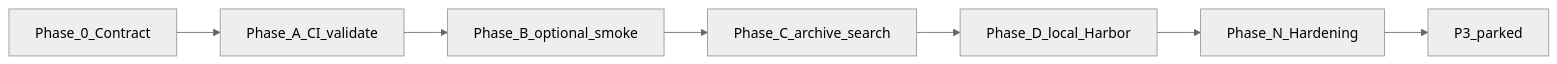
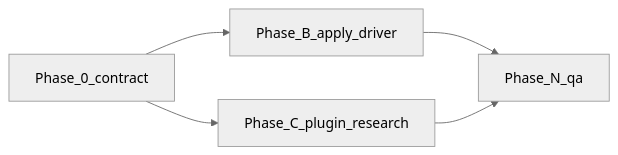
The second of 2 diagrams in IMPLEMENTATION_PLAN.md (Vinayak-RZ/Improveness), drawn with Mermaid (neutral theme) before and after one commit. The commit also changed other lines of this file and 26 other files, not shown here.

````diff
--- a/IMPLEMENTATION_PLAN.md
+++ b/IMPLEMENTATION_PLAN.md
@@ -252,9 +163,7 @@
 ```mermaid
 flowchart LR
-  P0[Phase_0_Contract] --> PA[Phase_A_CI_validate]
-  PA --> PB[Phase_B_optional_smoke]
-  PB --> PC[Phase_C_archive_search]
-  PC --> PD[Phase_D_local_Harbor]
-  PD --> PN[Phase_N_Hardening]
-  PN --> P3[P3_parked]
+  P0[Phase_0_contract] --> PB[Phase_B_apply_driver]
+  P0 --> PC[Phase_C_plugin_research]
+  PB --> PN[Phase_N_qa]
+  PC --> PN
 ```
````
